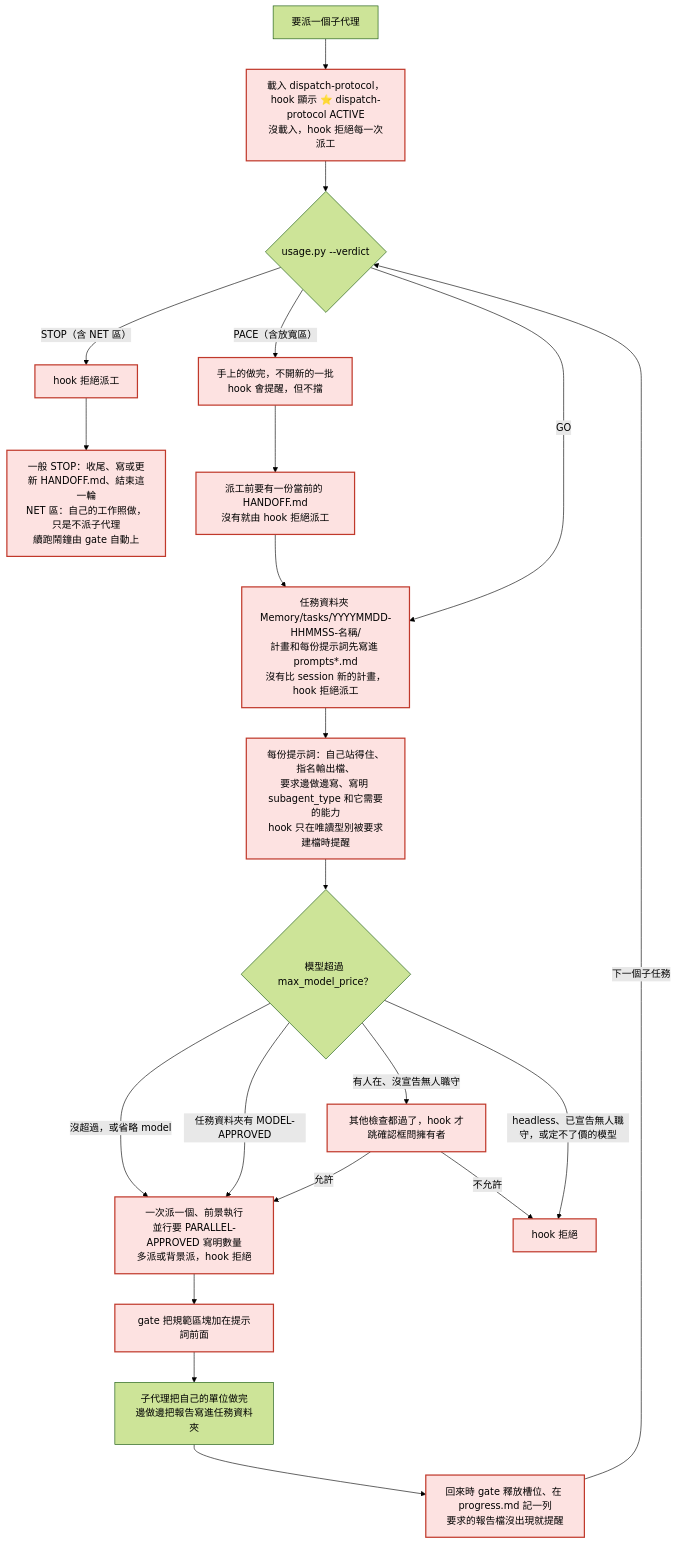
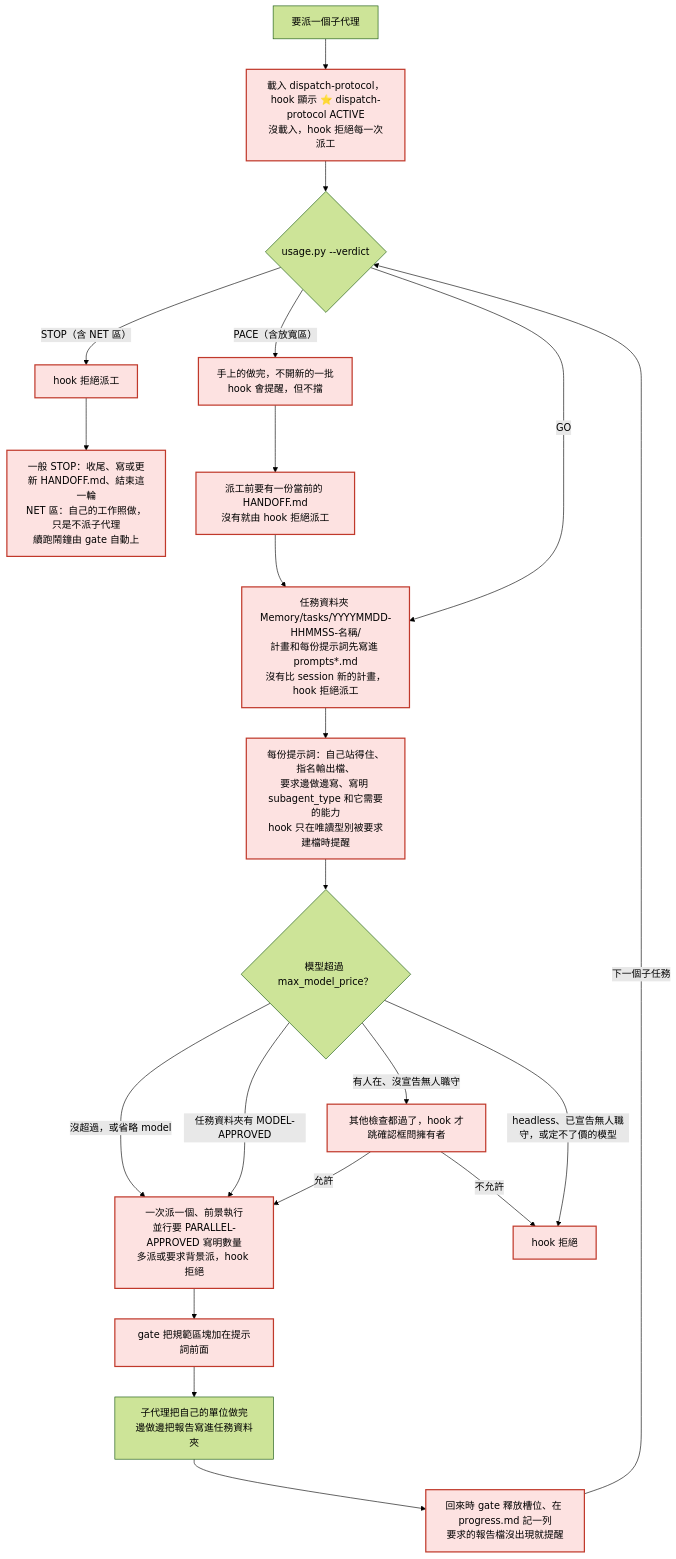
The first of 6 diagrams in README.md (Dino9021/dispatch-guard), drawn with Mermaid (forest theme) before and after one commit. The commit also changed other lines of this file and 10 other files, not shown here.

````diff
--- a/README.md
+++ b/README.md
@@ -100,25 +100,25 @@
 ```mermaid
 flowchart TD
   needAgent["要派一個子代理"] --> loadProtocol["載入 dispatch-protocol，hook 顯示 ⭐ dispatch-protocol ACTIVE<br/>沒載入，hook 拒絕每一次派工"]
   loadProtocol --> verdict{"usage.py --verdict"}
   verdict -->|"STOP（含 NET 區）"| stopRefused["hook 拒絕派工"]
   stopRefused --> stopWrapUp["一般 STOP：收尾、寫或更新 HANDOFF.md、結束這一輪<br/>NET 區：自己的工作照做，只是不派子代理<br/>續跑鬧鐘由 gate 自動上"]
   verdict -->|"PACE（含放寬區）"| paceInFlight["手上的做完，不開新的一批<br/>hook 會提醒，但不擋"]
   paceInFlight --> paceHandoff["派工前要有一份當前的 HANDOFF.md<br/>沒有就由 hook 拒絕派工"]
   verdict -->|"GO"| planOnDisk
   paceHandoff --> planOnDisk["任務資料夾 Memory/tasks/YYYYMMDD-HHMMSS-名稱/<br/>計畫和每份提示詞先寫進 prompts*.md<br/>沒有比 session 新的計畫，hook 拒絕派工"]
   planOnDisk --> everyPrompt["每份提示詞：自己站得住、指名輸出檔、<br/>要求邊做邊寫、寫明 subagent_type 和它需要的能力<br/>hook 只在唯讀型別被要求建檔時提醒"]
   everyPrompt --> modelCheck{"模型超過 max_model_price？"}
   modelCheck -->|"沒超過，或省略 model"| singleDispatch
   modelCheck -->|"任務資料夾有 MODEL-APPROVED"| singleDispatch
   modelCheck -->|"有人在、沒宣告無人職守"| dialogToOwner["其他檢查都過了，hook 才跳確認框問擁有者"]
   modelCheck -->|"headless、已宣告無人職守，或定不了價的模型"| modelRefused["hook 拒絕"]
-  dialogToOwner -->|"允許"| singleDispatch["一次派一個、前景執行<br/>並行要 PARALLEL-APPROVED 寫明數量<br/>多派或背景派，hook 拒絕"]
+  dialogToOwner -->|"允許"| singleDispatch["一次派一個、前景執行<br/>並行要 PARALLEL-APPROVED 寫明數量<br/>多派或要求背景派，hook 拒絕"]
   dialogToOwner -->|"不允許"| modelRefused
   singleDispatch --> prependBlock["gate 把規範區塊加在提示詞前面"]
   prependBlock --> subAgentWork["子代理把自己的單位做完<br/>邊做邊把報告寫進任務資料夾"]
   subAgentWork --> afterReturn["回來時 gate 釋放槽位、在 progress.md 記一列<br/>要求的報告檔沒出現就提醒"]
   afterReturn -->|"下一個子任務"| verdict
   class loadProtocol,stopRefused,stopWrapUp,paceInFlight,paceHandoff,planOnDisk,everyPrompt,dialogToOwner,modelRefused,singleDispatch,prependBlock,afterReturn gate
   classDef gate fill:#fde2e1,stroke:#c0392b,stroke-width:2px,color:#000
 ```
````
